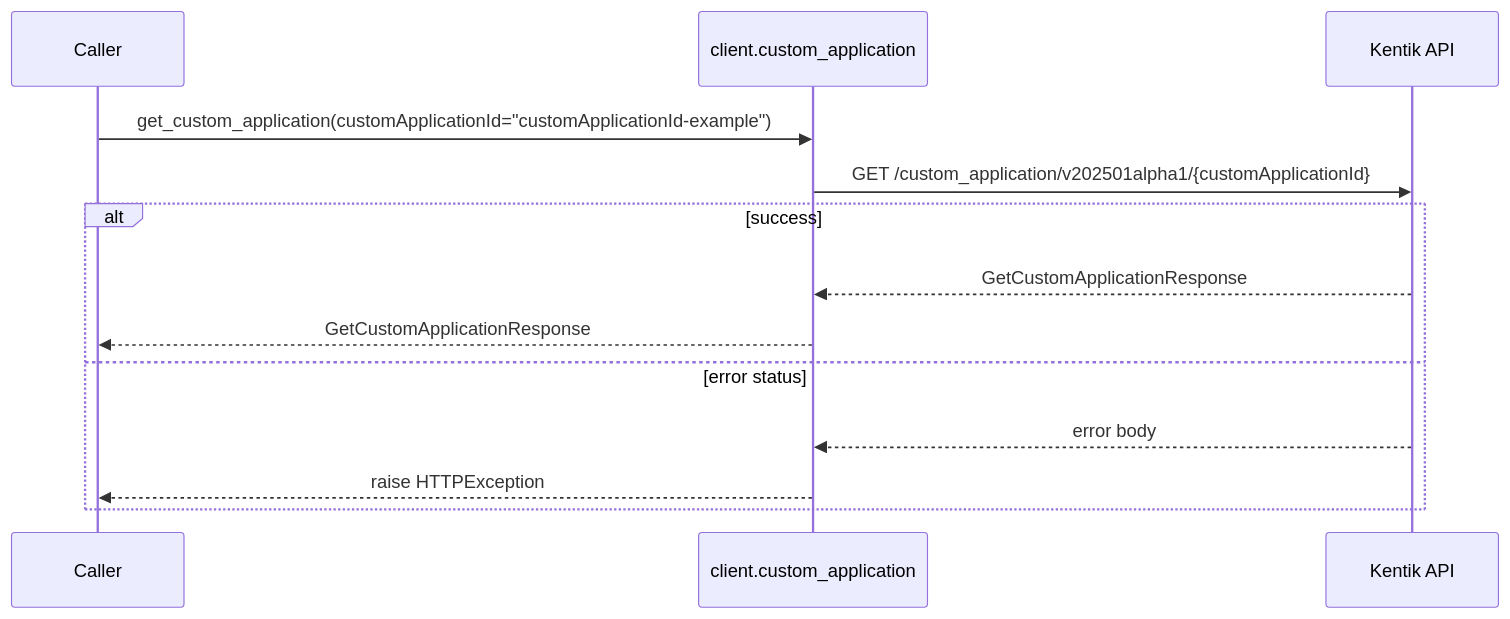
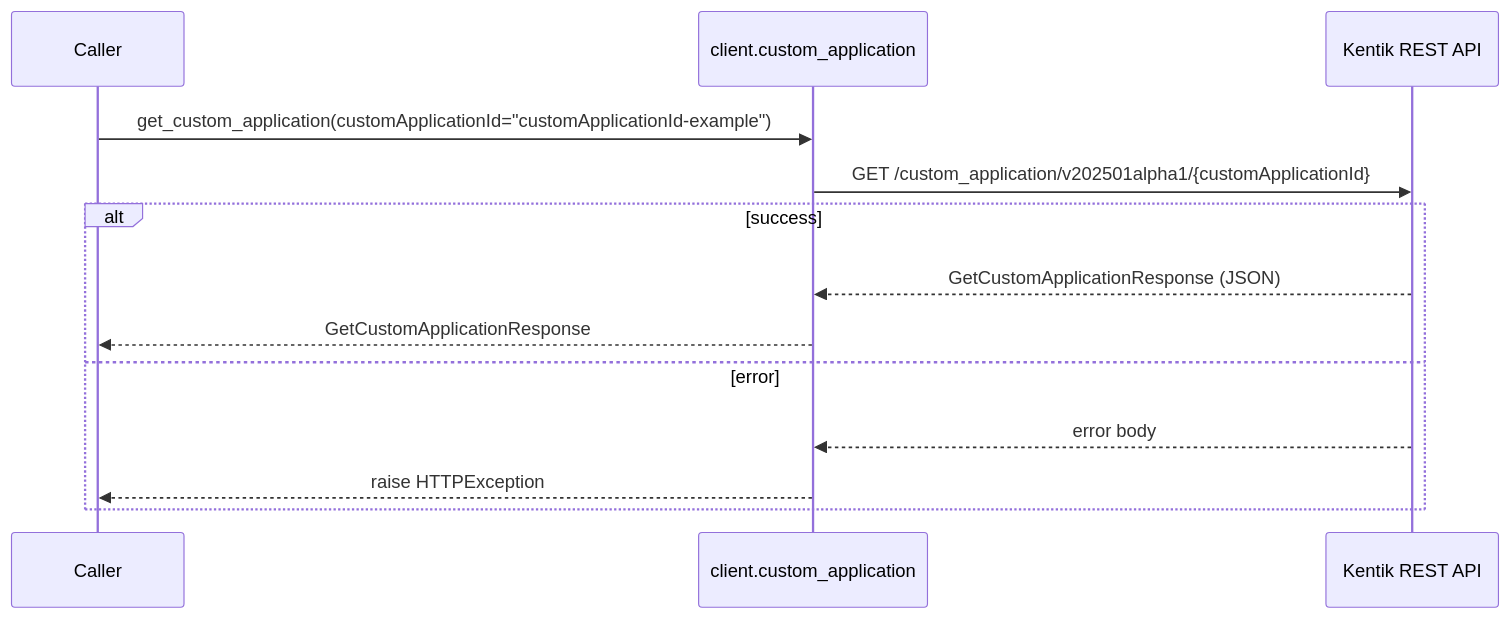
One commit to alexdearaujo/community_sdk_python changed the sixth of 12 diagrams in docs/sphinx/services/custom_application.md. Above: the diagram before and after it, drawn with Mermaid. The commit also changed other lines of this file and 61 other files, not shown here.

````diff
--- a/docs/sphinx/services/custom_application.md
+++ b/docs/sphinx/services/custom_application.md
@@ -123,16 +175,16 @@
 ```mermaid
 sequenceDiagram
     participant C as Caller
     participant W as client.custom_application
-    participant API as Kentik API
+    participant API as Kentik REST API
 
     C->>W: get_custom_application(customApplicationId="customApplicationId-example")
     W->>API: GET /custom_application/v202501alpha1/{customApplicationId}
     alt success
-        API-->>W: GetCustomApplicationResponse
+        API-->>W: GetCustomApplicationResponse (JSON)
         W-->>C: GetCustomApplicationResponse
-    else error status
+    else error
         API-->>W: error body
         W-->>C: raise HTTPException
     end
 ```
````
